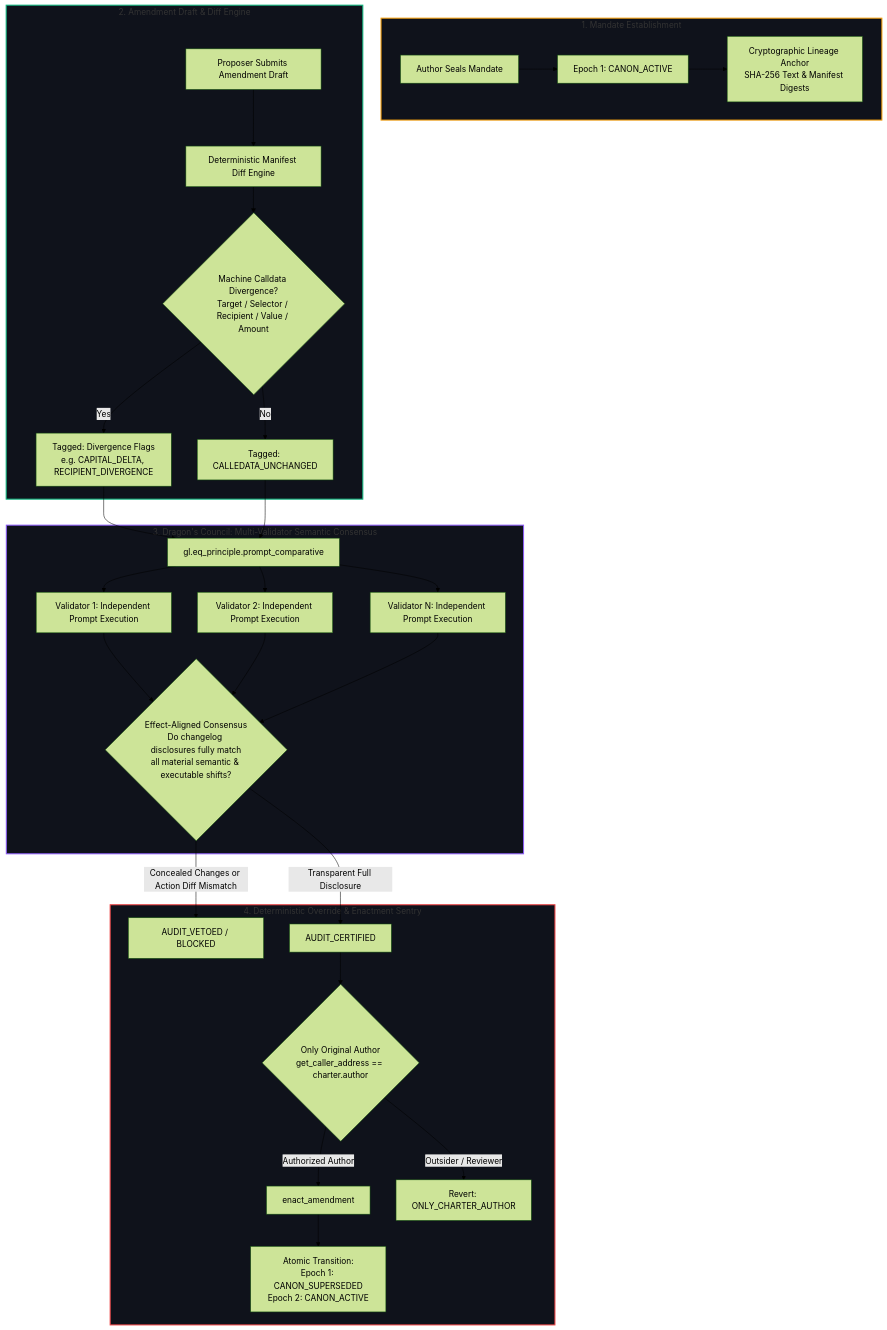
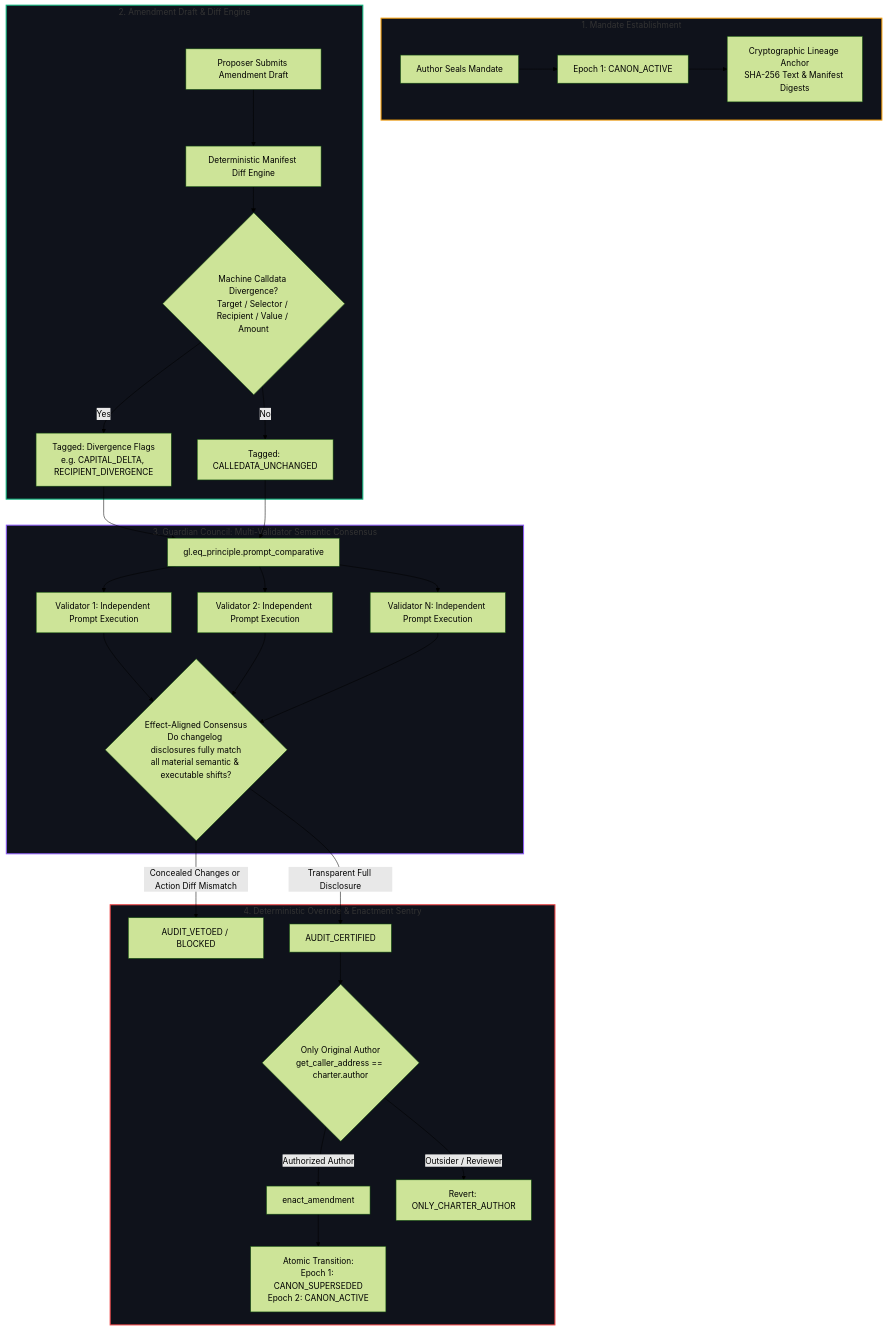
One commit to 9ja-maxx/CharterGuard changed the diagram in README.md. Above: the diagram before and after it, drawn with Mermaid (forest theme). The commit also changed other lines of this file, not shown here.

Commit message:
Update master README with CharterGuard Guardian Sentry architecture flowchart

````diff
--- a/README.md
+++ b/README.md
@@ -29,37 +29,37 @@
 ```mermaid
 flowchart TD
     subgraph S1["1. Mandate Establishment"]
         A["Author Seals Mandate"] --> B["Epoch 1: CANON_ACTIVE"]
         B --> C["Cryptographic Lineage Anchor<br/>SHA-256 Text & Manifest Digests"]
     end
 
     subgraph S2["2. Amendment Draft & Diff Engine"]
         D["Proposer Submits Amendment Draft"] --> E["Deterministic Manifest Diff Engine"]
         E --> F{"Machine Calldata Divergence?<br/>Target / Selector / Recipient / Value / Amount"}
         F -- Yes --> G["Tagged: Divergence Flags<br/>e.g. CAPITAL_DELTA, RECIPIENT_DIVERGENCE"]
         F -- No --> H["Tagged: CALLEDATA_UNCHANGED"]
     end
 
-    subgraph S3["3. Dragon's Council: Multi-Validator Semantic Consensus"]
+    subgraph S3["3. Guardian Council: Multi-Validator Semantic Consensus"]
         G --> I["gl.eq_principle.prompt_comparative"]
         H --> I
         I --> J["Validator 1: Independent Prompt Execution"]
         I --> K["Validator 2: Independent Prompt Execution"]
         I --> L["Validator N: Independent Prompt Execution"]
         J & K & L --> M{"Effect-Aligned Consensus<br/>Do changelog disclosures fully match<br/>all material semantic & executable shifts?"}
     end
 
     subgraph S4["4. Deterministic Override & Enactment Sentry"]
         M -- "Concealed Changes or Action Diff Mismatch" --> N["AUDIT_VETOED / BLOCKED"]
         M -- "Transparent Full Disclosure" --> O["AUDIT_CERTIFIED"]
         O --> P{"Only Original Author<br/>get_caller_address == charter.author"}
         P -- Authorized Author --> Q["enact_amendment"]
         P -- Outsider / Reviewer --> R["Revert: ONLY_CHARTER_AUTHOR"]
         Q --> S["Atomic Transition:<br/>Epoch 1: CANON_SUPERSEDED<br/>Epoch 2: CANON_ACTIVE"]
     end
 
     style S1 fill:#0f121b,stroke:#f59e0b,stroke-width:2px
     style S2 fill:#0f121b,stroke:#10b981,stroke-width:2px
     style S3 fill:#0f121b,stroke:#8b5cf6,stroke-width:2px
     style S4 fill:#0f121b,stroke:#ef4444,stroke-width:2px
 ```
````
